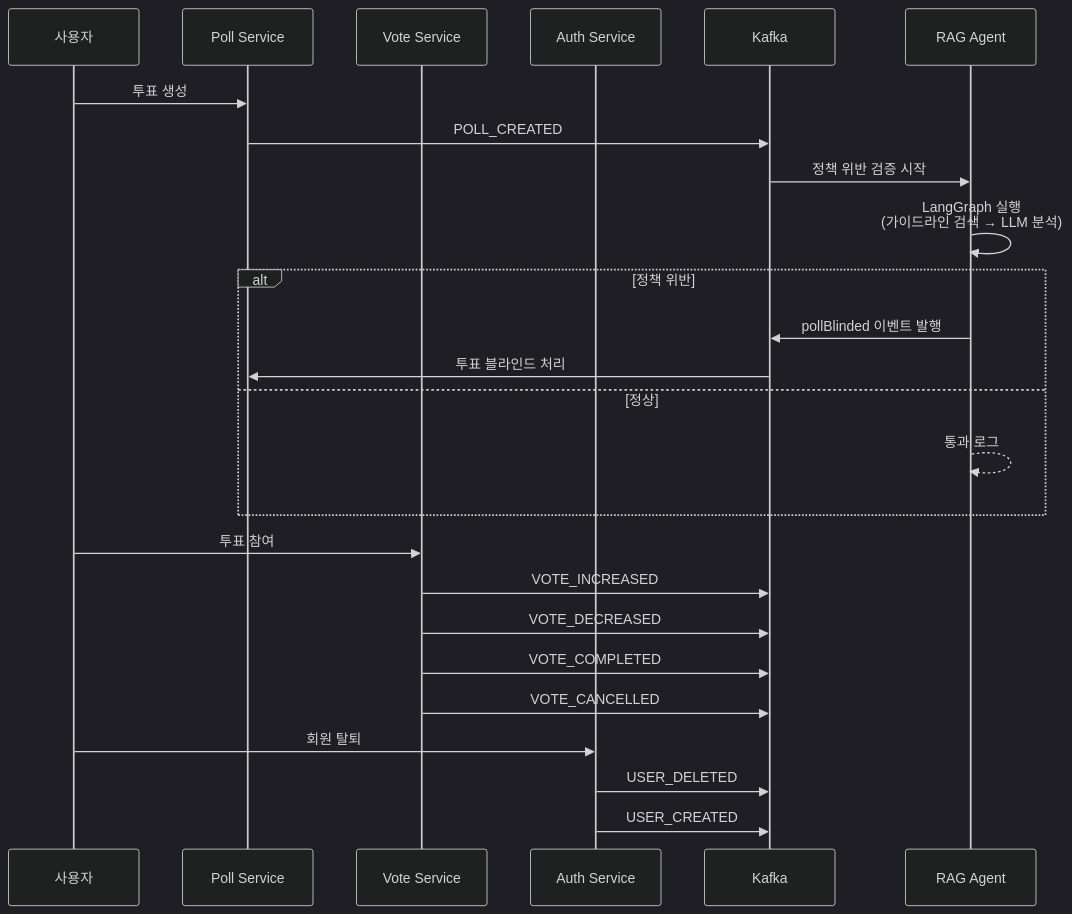
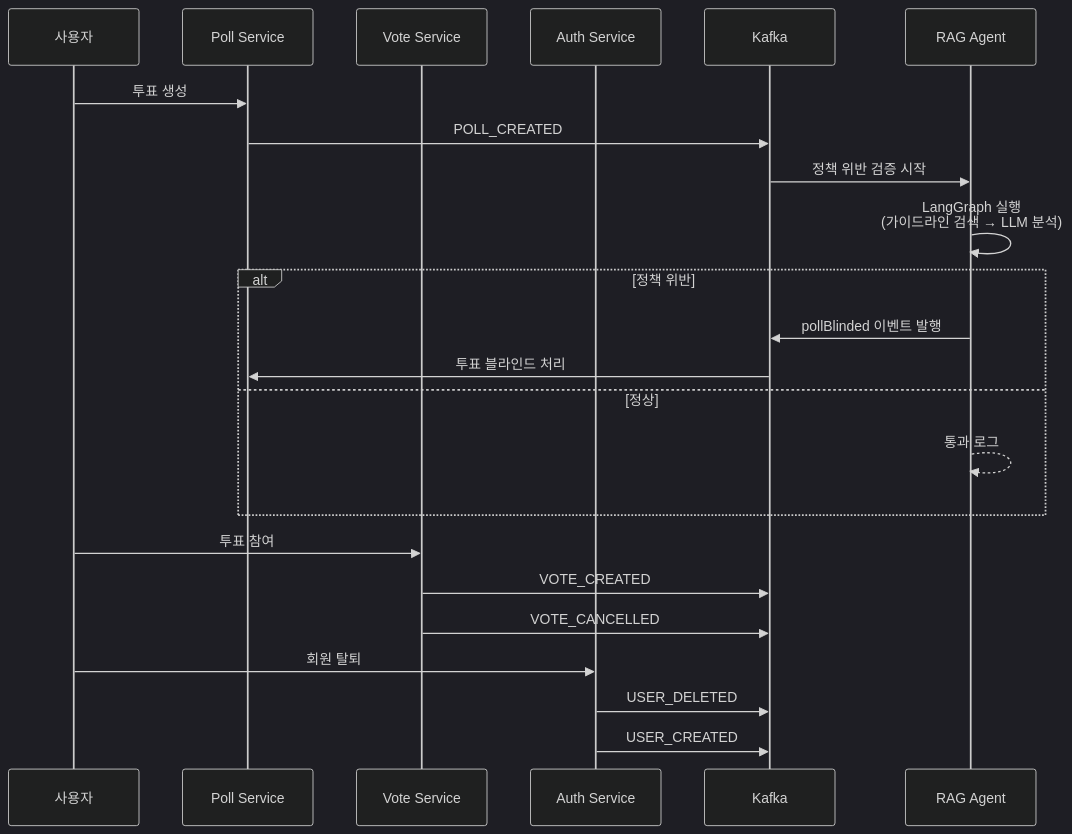
Before and after one commit to pkun2/everypoll-msa: the second of 3 diagrams in README.md, drawn with Mermaid (dark theme).

Commit message:
투표 부분 수정

````diff
--- a/README.md
+++ b/README.md
@@ -90,32 +90,30 @@
 ```mermaid
 sequenceDiagram
     participant U as 사용자
     participant Poll as Poll Service
     participant Vote as Vote Service
     participant Auth as Auth Service
     participant Kafka as Kafka
     participant RAG as RAG Agent
 
     U->>Poll: 투표 생성
     Poll->>Kafka: POLL_CREATED
     Kafka->>RAG: 정책 위반 검증 시작
 
     RAG->>RAG: LangGraph 실행<br/>(가이드라인 검색 → LLM 분석)
 
     alt 정책 위반
         RAG->>Kafka: pollBlinded 이벤트 발행
         Kafka->>Poll: 투표 블라인드 처리
     else 정상
         RAG-->>RAG: 통과 로그
     end
 
     U->>Vote: 투표 참여
-    Vote->>Kafka: VOTE_INCREASED
-    Vote->>Kafka: VOTE_DECREASED
-    Vote->>Kafka: VOTE_COMPLETED
+    Vote->>Kafka: VOTE_CREATED
     Vote->>Kafka: VOTE_CANCELLED
 
     U->>Auth: 회원 탈퇴
     Auth->>Kafka: USER_DELETED
     Auth->>Kafka: USER_CREATED
 ```
````
